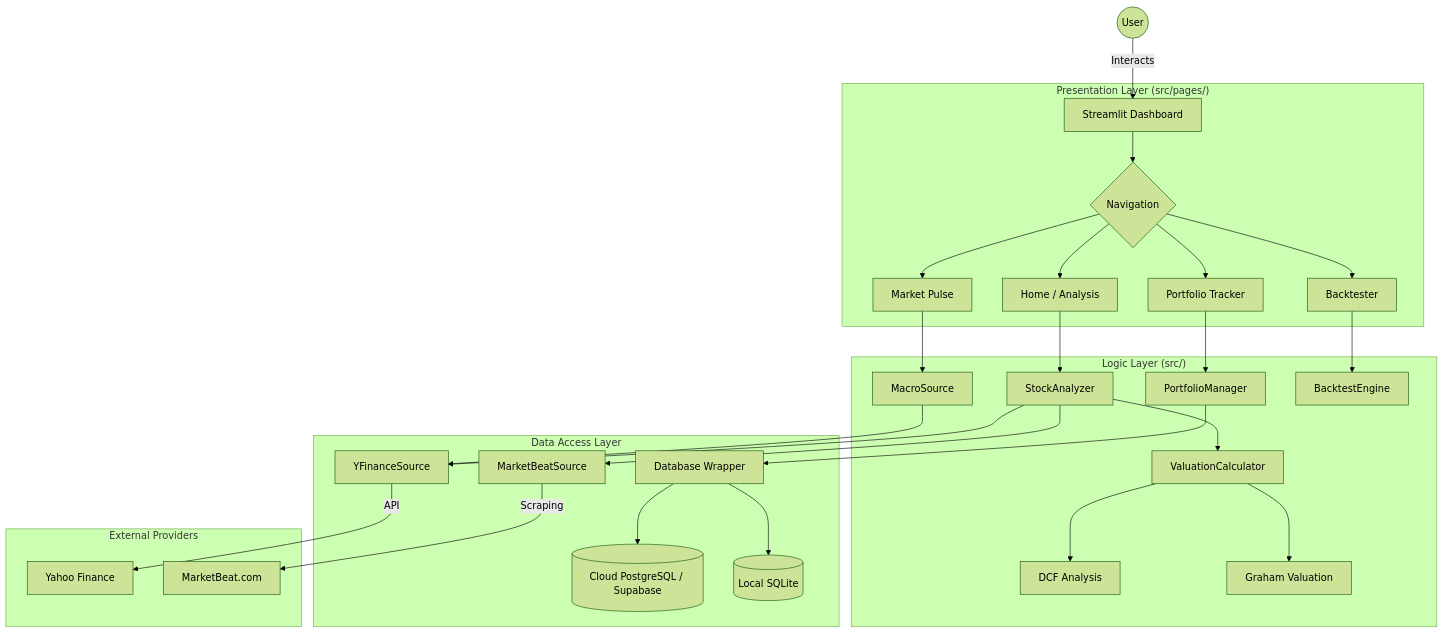
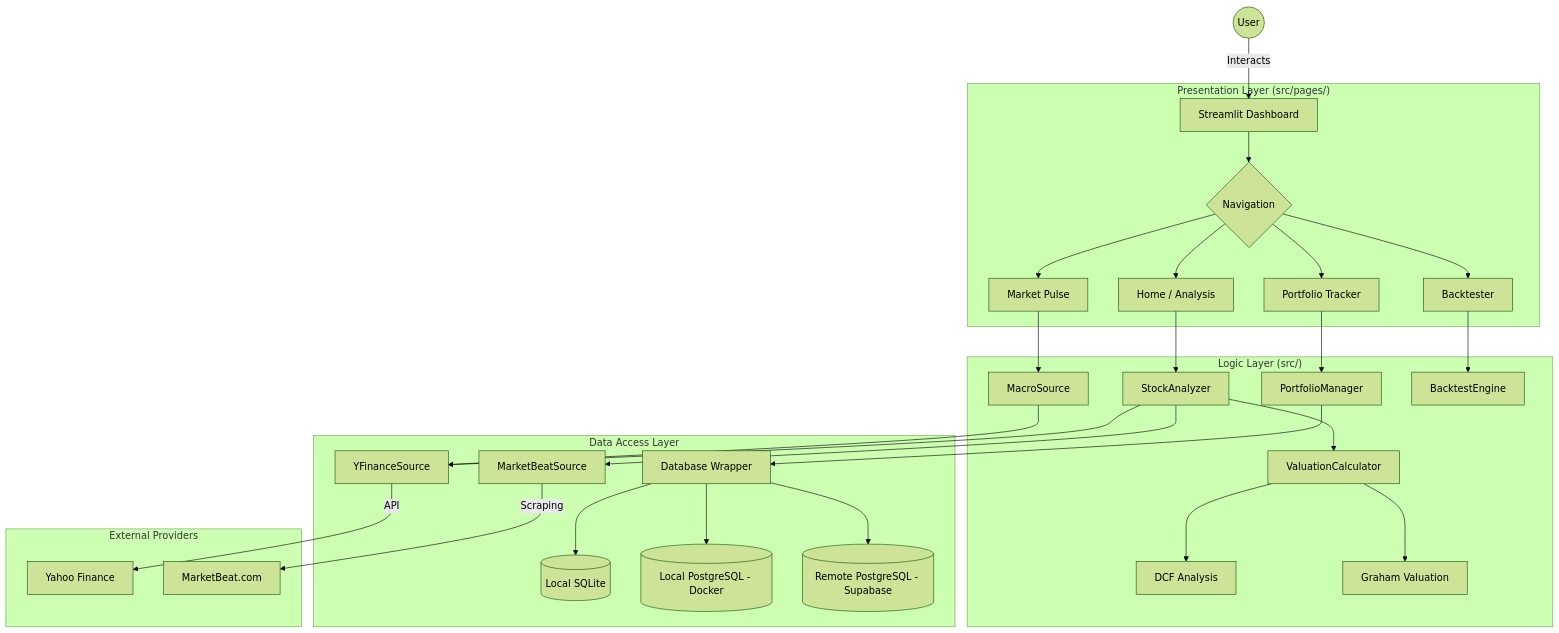
Before and after one commit to tryorfry/growth_invest_plan: the diagram in ARCHITECTURE.md, drawn with Mermaid (forest theme). The commit also changed 2 other files, not shown here.

Commit message:
Enhance: Support local PostgreSQL testing via Docker and update flowchart

````diff
--- a/ARCHITECTURE.md
+++ b/ARCHITECTURE.md
@@ -9,40 +9,41 @@
 ```mermaid
 graph TD
     User((User)) -->|Interacts| UI[Streamlit Dashboard]
     
     subgraph "Presentation Layer (src/pages/)"
         UI --> Nav{Navigation}
         Nav --> HP[Home / Analysis]
         Nav --> MP[Market Pulse]
         Nav --> PT[Portfolio Tracker]
         Nav --> BT[Backtester]
     end
     
     subgraph "Logic Layer (src/)"
         HP --> SA[StockAnalyzer]
         SA --> VC[ValuationCalculator]
         VC --> DCF[DCF Analysis]
         VC --> Graham[Graham Valuation]
         
         MP --> MS[MacroSource]
         
         PT --> PM[PortfolioManager]
         
         BT --> BE[BacktestEngine]
     end
     
     subgraph "Data Access Layer"
         SA --> YF[YFinanceSource]
         SA --> MB[MarketBeatSource]
         MS --> YF
         
         PM --> DB[Database Wrapper]
-        DB --> Postgres[(Cloud PostgreSQL / Supabase)]
         DB --> SQLite[(Local SQLite)]
+        DB --> LocalPG[(Local PostgreSQL - Docker)]
+        DB --> RemotePG[(Remote PostgreSQL - Supabase)]
     end
     
     subgraph "External Providers"
         YF -->|API| Yahoo[Yahoo Finance]
         MB -->|Scraping| MarketBeat[MarketBeat.com]
     end
 ```
````
